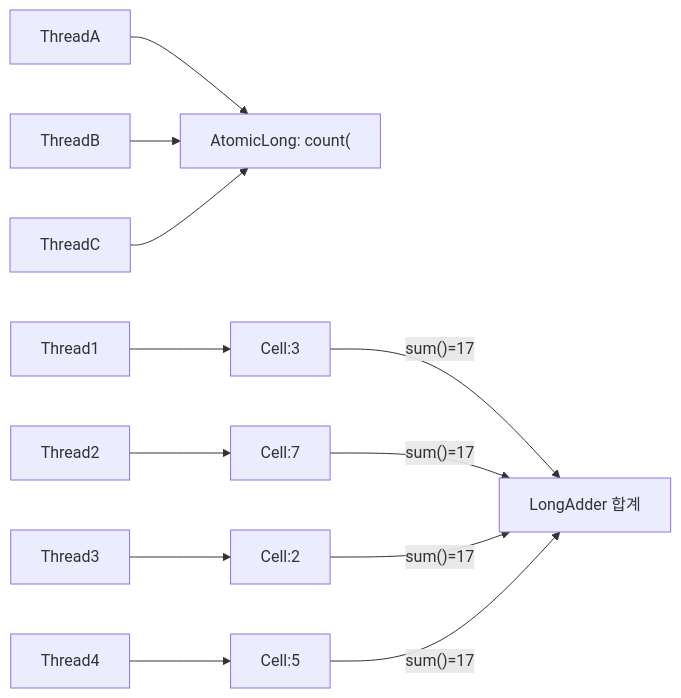
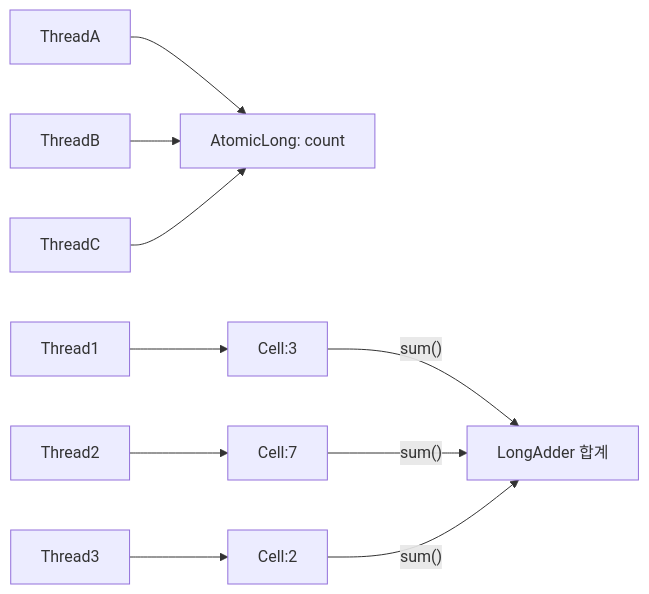
Before and after one commit to yjkim2015/yjkim2015.github.io: diagram 11 of 17 in _posts/java/2026-05-01-java-thread.md, drawn with Mermaid. The commit also changed other lines of this file and 155 other files, not shown here.

First line of the commit message:
Mermaid 전면 수정: subgraph 제거, participant/노드/줄수 축소 (342블록)

````diff
--- a/_posts/java/2026-05-01-java-thread.md
+++ b/_posts/java/2026-05-01-java-thread.md
@@ -1104,11 +1096,10 @@
 ```mermaid
 graph LR
-    TA[ThreadA] --> CELL["AtomicLong: count("]
+    TA[ThreadA] --> CELL["AtomicLong: count"]
     TB[ThreadB] --> CELL
     TC[ThreadC] --> CELL
     T1[Thread1] --> C1["Cell:3"]
     T2[Thread2] --> C2["Cell:7"]
     T3[Thread3] --> C3["Cell:2"]
-    T4[Thread4] --> C4["Cell:5"]
-    C1 & C2 & C3 & C4 -->|"sum()=17"| SUM["LongAdder 합계"]
+    C1 & C2 & C3 -->|"sum()"| SUM["LongAdder 합계"]
 ```
````
